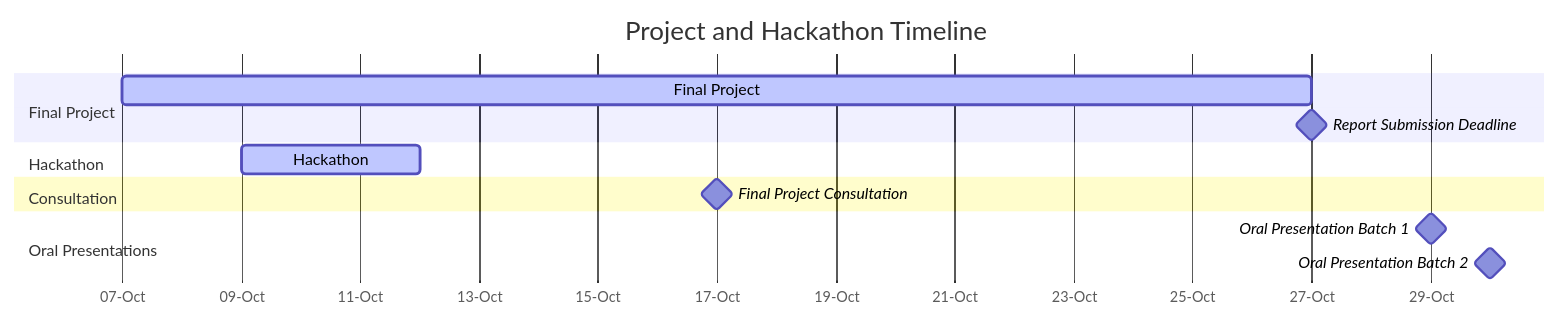
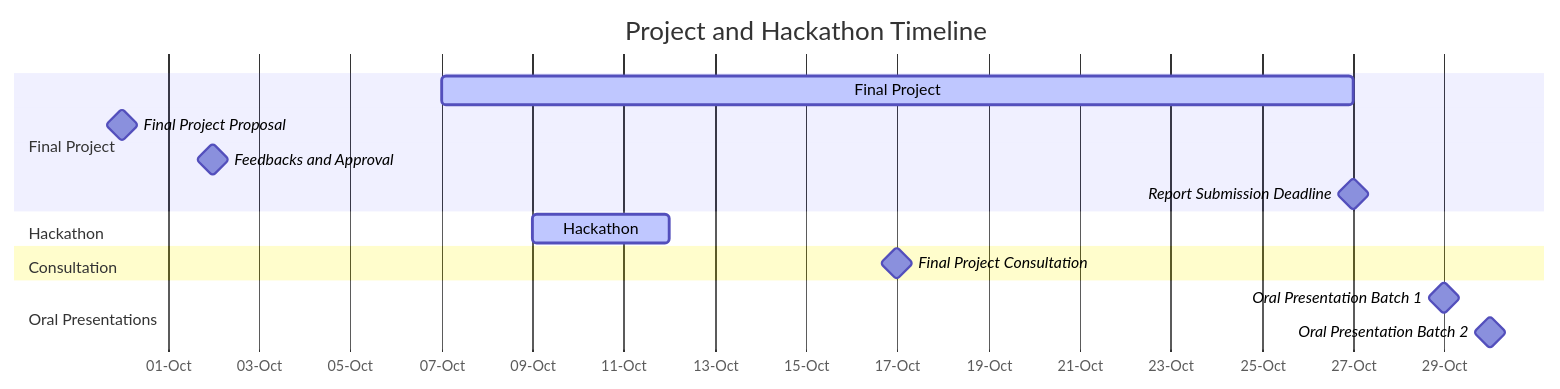
Before and after one commit to aicell-lab/ddls-course: the diagram in content/course/ddls-2024/final-project/_index.md, drawn with Mermaid. The commit also changed other lines of this file and 1 other file, not shown here.

Commit message:
Update final projects and hackathon

````diff
--- a/content/course/ddls-2024/final-project/_index.md
+++ b/content/course/ddls-2024/final-project/_index.md
@@ -46,20 +54,22 @@
 ```mermaid
 gantt
     title Project and Hackathon Timeline
     dateFormat  YYYY-MM-DD
     axisFormat  %d-%b
 
     section Final Project
     Final Project                : active, proj, 2024-10-07, 20d
-    Report Submission Deadline   : milestone, m1, 2024-10-27, 23:59
+    Final Project Proposal       : milestone, m0, 2024-09-30, 23:59
+    Feedbacks and Approval       : milestone, m1, 2024-10-02, 13:00
+    Report Submission Deadline   : milestone, m2, 2024-10-27, 23:59
 
     section Hackathon
     Hackathon                    : active, hackathon, 2024-10-09, 3d
 
     section Consultation
     Final Project Consultation   : milestone, consult, 2024-10-17, 08:00-11:00
 
     section Oral Presentations
     Oral Presentation Batch 1    : milestone, presentation1, 2024-10-29, 08:00-10:00
     Oral Presentation Batch 2    : milestone, presentation2, 2024-10-30, 08:00-10:00
 ```
````
